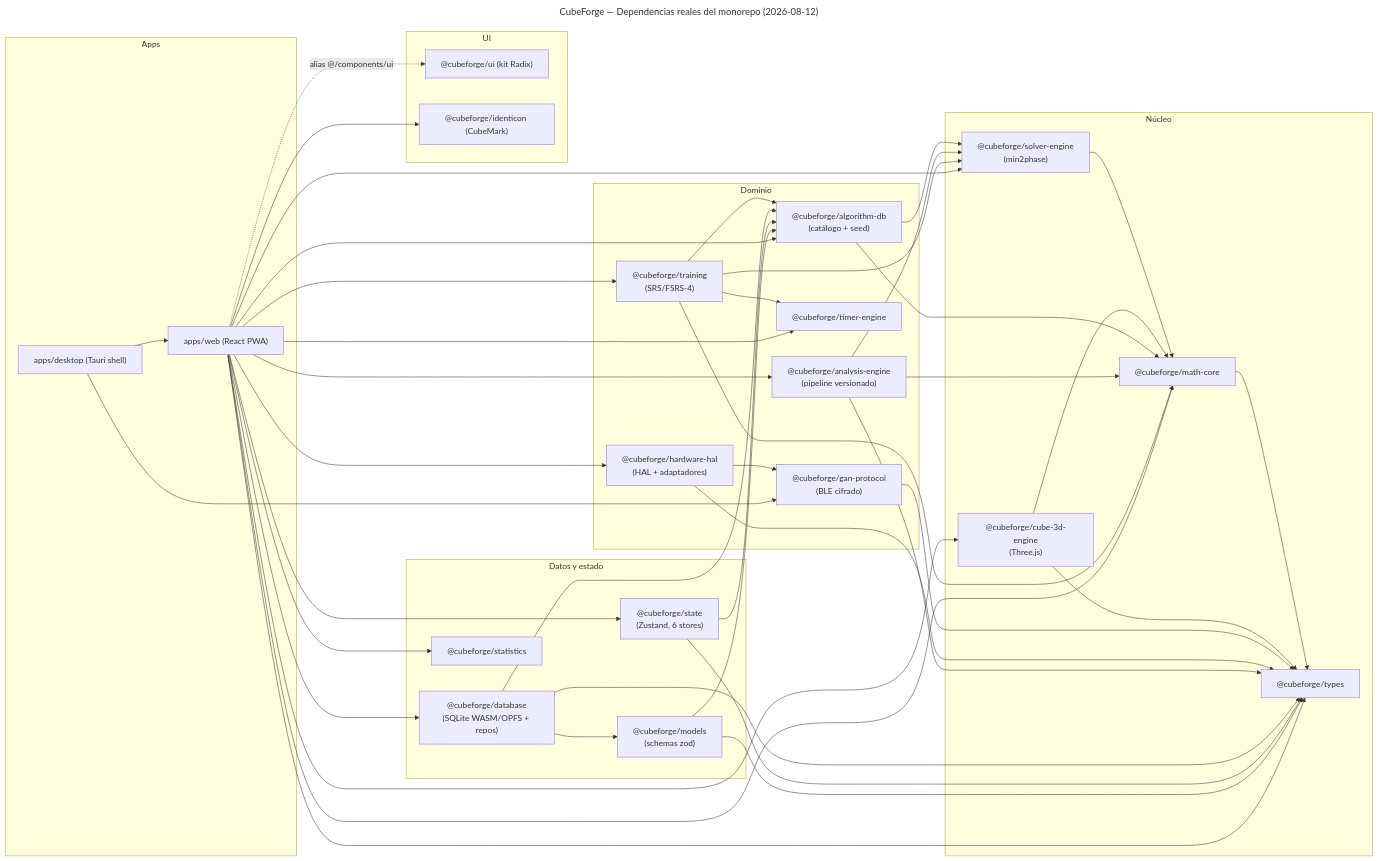
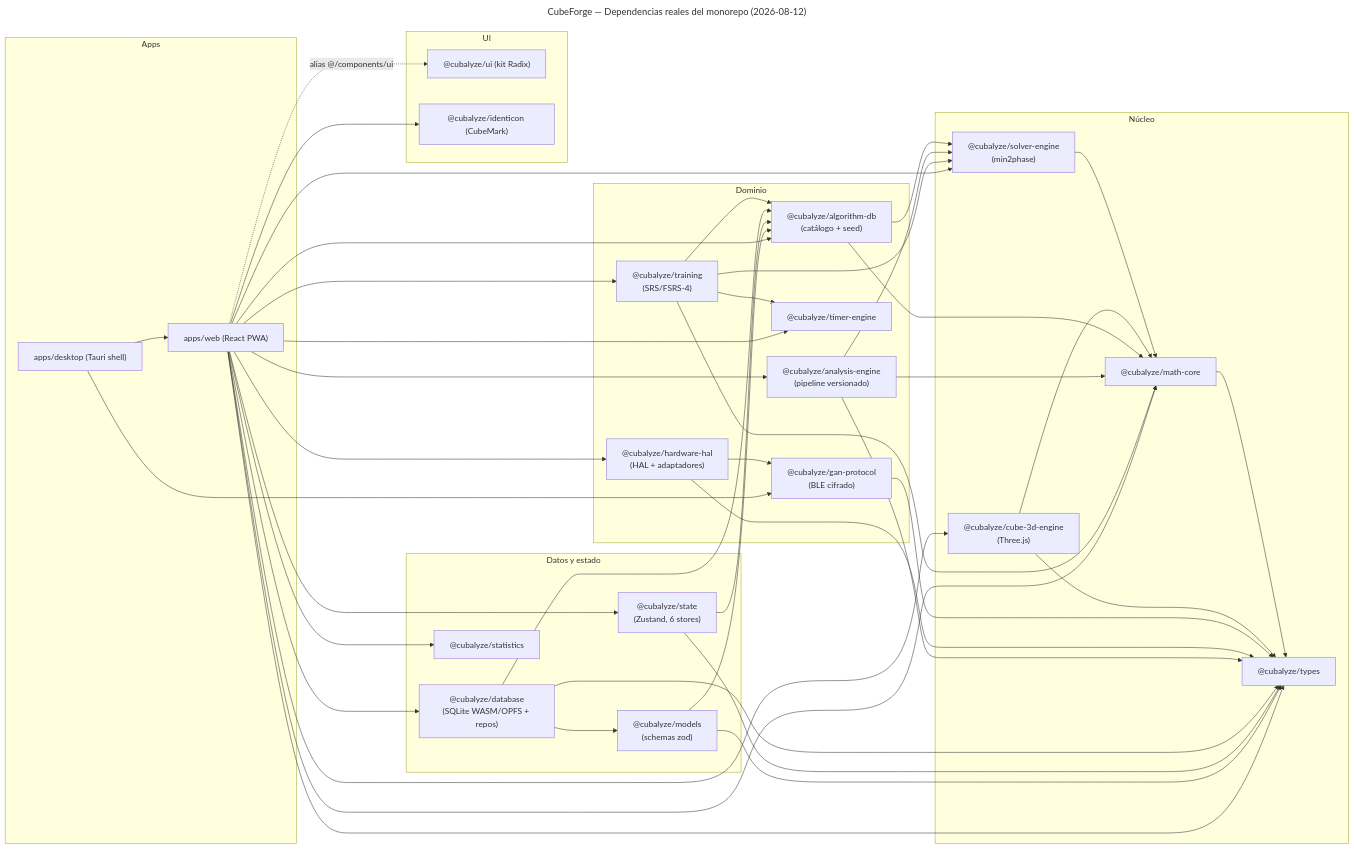
One commit to Doritozz05/Cubalyze changed the diagram in docs/02-architecture/diagrams/monorepo-dependencies.mmd. Above: the diagram before and after it, drawn with Mermaid. The commit also changed 567 other files, not shown here.

```diff
--- a/docs/02-architecture/diagrams/monorepo-dependencies.mmd
+++ b/docs/02-architecture/diagrams/monorepo-dependencies.mmd
@@ -1,87 +1,87 @@
 ---
 title: CubeForge — Dependencias reales del monorepo (2026-08-12)
 ---
-%% Verificado contra imports reales (grep de "@cubeforge/*" en src).
+%% Verificado contra imports reales (grep de "@cubalyze/*" en src).
 %% Los edges solo de tests (p.ej. math-core → hardware-hal en fuzzing.test.ts)
 %% no se representan: no son dependencias de producción.
 
 flowchart LR
     subgraph Apps["Apps"]
         web["apps/web (React PWA)"]
         desktop["apps/desktop (Tauri shell)"]
     end
 
     subgraph Data["Datos y estado"]
-        database["@cubeforge/database<br/>(SQLite WASM/OPFS + repos)"]
-        state["@cubeforge/state<br/>(Zustand, 6 stores)"]
-        models["@cubeforge/models<br/>(schemas zod)"]
-        statistics["@cubeforge/statistics"]
+        database["@cubalyze/database<br/>(SQLite WASM/OPFS + repos)"]
+        state["@cubalyze/state<br/>(Zustand, 6 stores)"]
+        models["@cubalyze/models<br/>(schemas zod)"]
+        statistics["@cubalyze/statistics"]
     end
 
     subgraph Domain["Dominio"]
-        training["@cubeforge/training<br/>(SRS/FSRS-4)"]
-        analysis["@cubeforge/analysis-engine<br/>(pipeline versionado)"]
-        algodb["@cubeforge/algorithm-db<br/>(catálogo + seed)"]
-        hal["@cubeforge/hardware-hal<br/>(HAL + adaptadores)"]
-        timer["@cubeforge/timer-engine"]
-        gan["@cubeforge/gan-protocol<br/>(BLE cifrado)"]
+        training["@cubalyze/training<br/>(SRS/FSRS-4)"]
+        analysis["@cubalyze/analysis-engine<br/>(pipeline versionado)"]
+        algodb["@cubalyze/algorithm-db<br/>(catálogo + seed)"]
+        hal["@cubalyze/hardware-hal<br/>(HAL + adaptadores)"]
+        timer["@cubalyze/timer-engine"]
+        gan["@cubalyze/gan-protocol<br/>(BLE cifrado)"]
     end
 
     subgraph Core["Núcleo"]
-        mathcore["@cubeforge/math-core"]
-        solver["@cubeforge/solver-engine<br/>(min2phase)"]
-        cube3d["@cubeforge/cube-3d-engine<br/>(Three.js)"]
-        types["@cubeforge/types"]
+        mathcore["@cubalyze/math-core"]
+        solver["@cubalyze/solver-engine<br/>(min2phase)"]
+        cube3d["@cubalyze/cube-3d-engine<br/>(Three.js)"]
+        types["@cubalyze/types"]
     end
 
     subgraph UI["UI"]
-        ui["@cubeforge/ui (kit Radix)"]
-        identicon["@cubeforge/identicon (CubeMark)"]
+        ui["@cubalyze/ui (kit Radix)"]
+        identicon["@cubalyze/identicon (CubeMark)"]
     end
 
     %% Núcleo
     mathcore --> types
     solver --> mathcore
     cube3d --> mathcore
     cube3d --> types
 
     %% Dominio
     algodb --> mathcore
     algodb --> solver
     gan --> types
     hal --> gan
     hal --> types
     analysis --> mathcore
     analysis --> solver
     analysis --> types
     training --> algodb
     training --> mathcore
     training --> solver
     training --> timer
 
     %% Datos
     database --> algodb
     database --> models
     database --> types
     state --> algodb
     state --> types
     models --> algodb
     models --> types
 
     %% Apps
     web --> algodb
     web --> analysis
     web --> cube3d
     web --> database
     web --> hal
     web --> identicon
     web --> mathcore
     web --> solver
     web --> state
     web --> statistics
     web --> timer
     web --> training
     web --> types
     web -. "alias @/components/ui" .-> ui
     desktop --> web
     desktop --> gan
```
